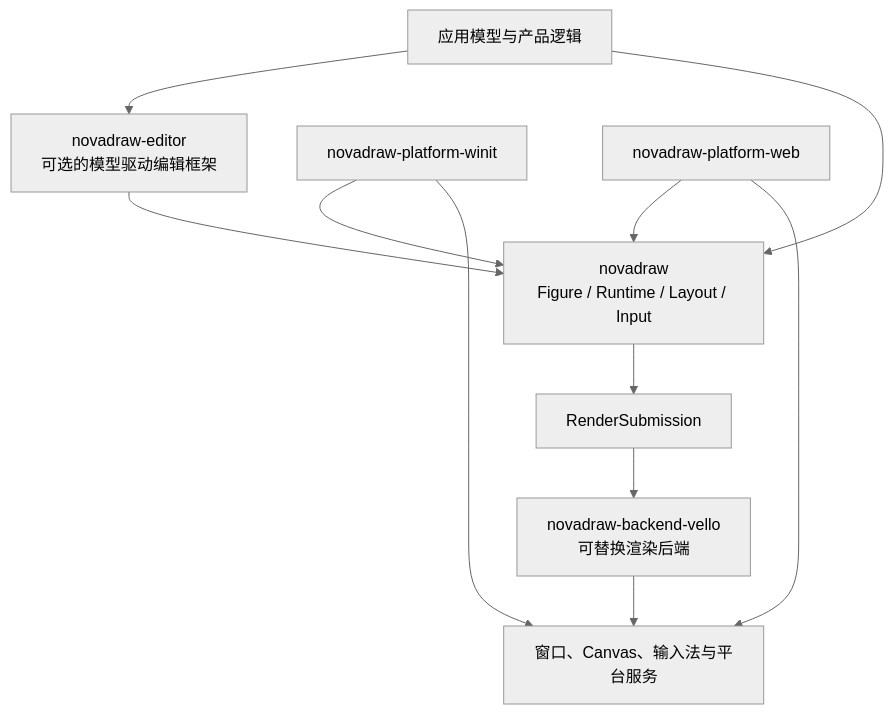
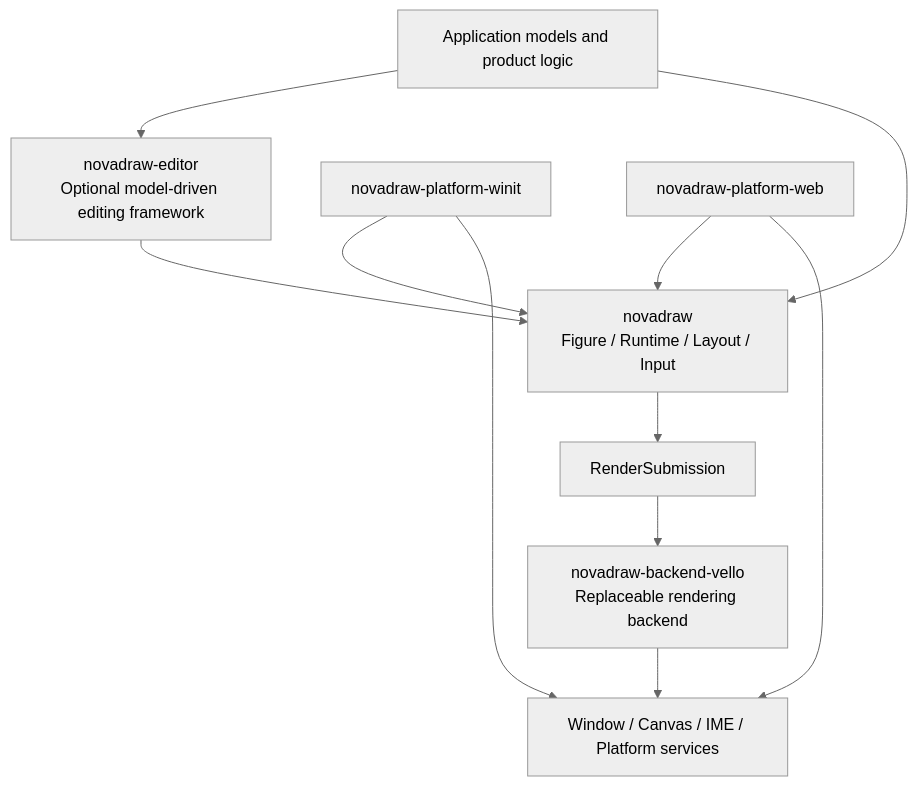
One commit to yezhang/novadraw changed the diagram in README.md. Above: the diagram before and after it, drawn with Mermaid (neutral theme). The commit also changed other lines of this file and 1 other file, not shown here.

````diff
--- a/README.md
+++ b/README.md
@@ -63,21 +70,21 @@
 ```mermaid
 flowchart TD
-    App[应用模型与产品逻辑]
-    Editor[novadraw-editor<br/>可选的模型驱动编辑框架]
+    App[Application models and product logic]
+    Editor[novadraw-editor<br/>Optional model-driven editing framework]
     Core[novadraw<br/>Figure / Runtime / Layout / Input]
     Submission[RenderSubmission]
-    Backend[novadraw-backend-vello<br/>可替换渲染后端]
+    Backend[novadraw-backend-vello<br/>Replaceable rendering backend]
     Winit[novadraw-platform-winit]
     Web[novadraw-platform-web]
-    Host[窗口、Canvas、输入法与平台服务]
+    Host[Window / Canvas / IME / Platform services]
 
     App --> Editor
     App --> Core
     Editor --> Core
     Core --> Submission --> Backend
     Winit --> Core
     Web --> Core
     Winit --> Host
     Web --> Host
     Backend --> Host
 ```
````
